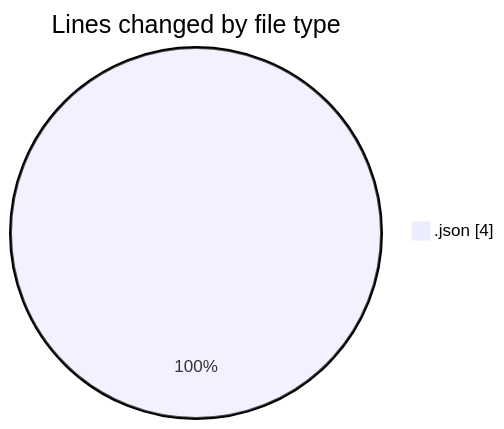
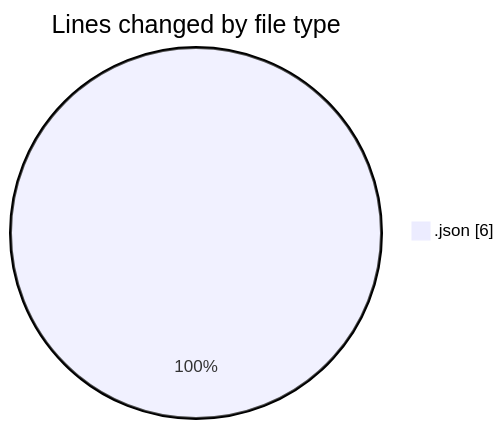
One commit to EIIisD/code-tracking changed the first of 2 diagrams in 2025-08-18/fresh_start/README.md. Above: the diagram before and after it, drawn with Mermaid. The commit also changed other lines of this file and 1 other file, not shown here.

````diff
--- a/2025-08-18/fresh_start/README.md
+++ b/2025-08-18/fresh_start/README.md
@@ -20,5 +20,5 @@
 ```mermaid
 pie showData
 title Lines changed by file type
-".json" : 4
+".json" : 6
 ```
````
